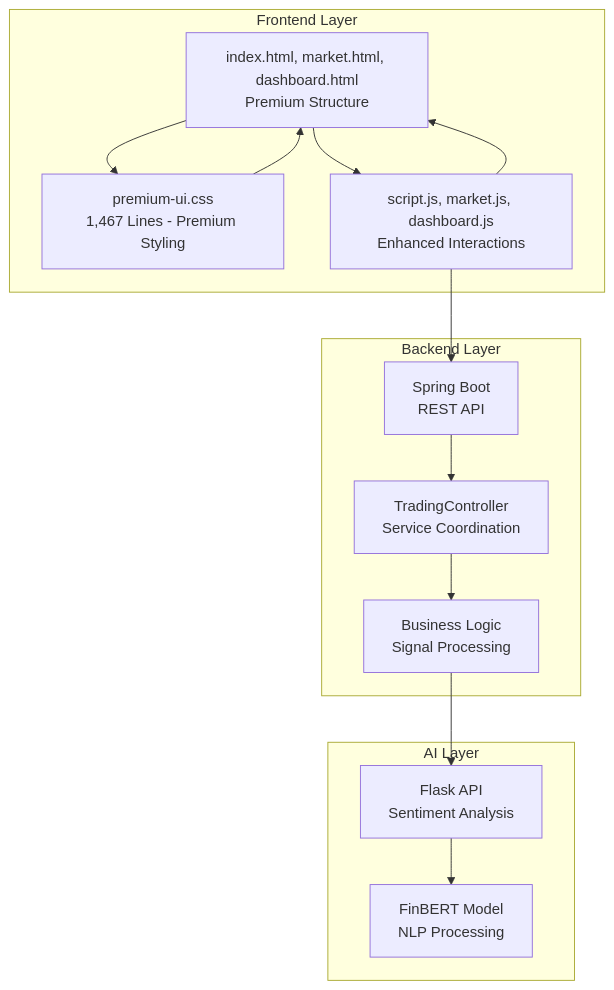
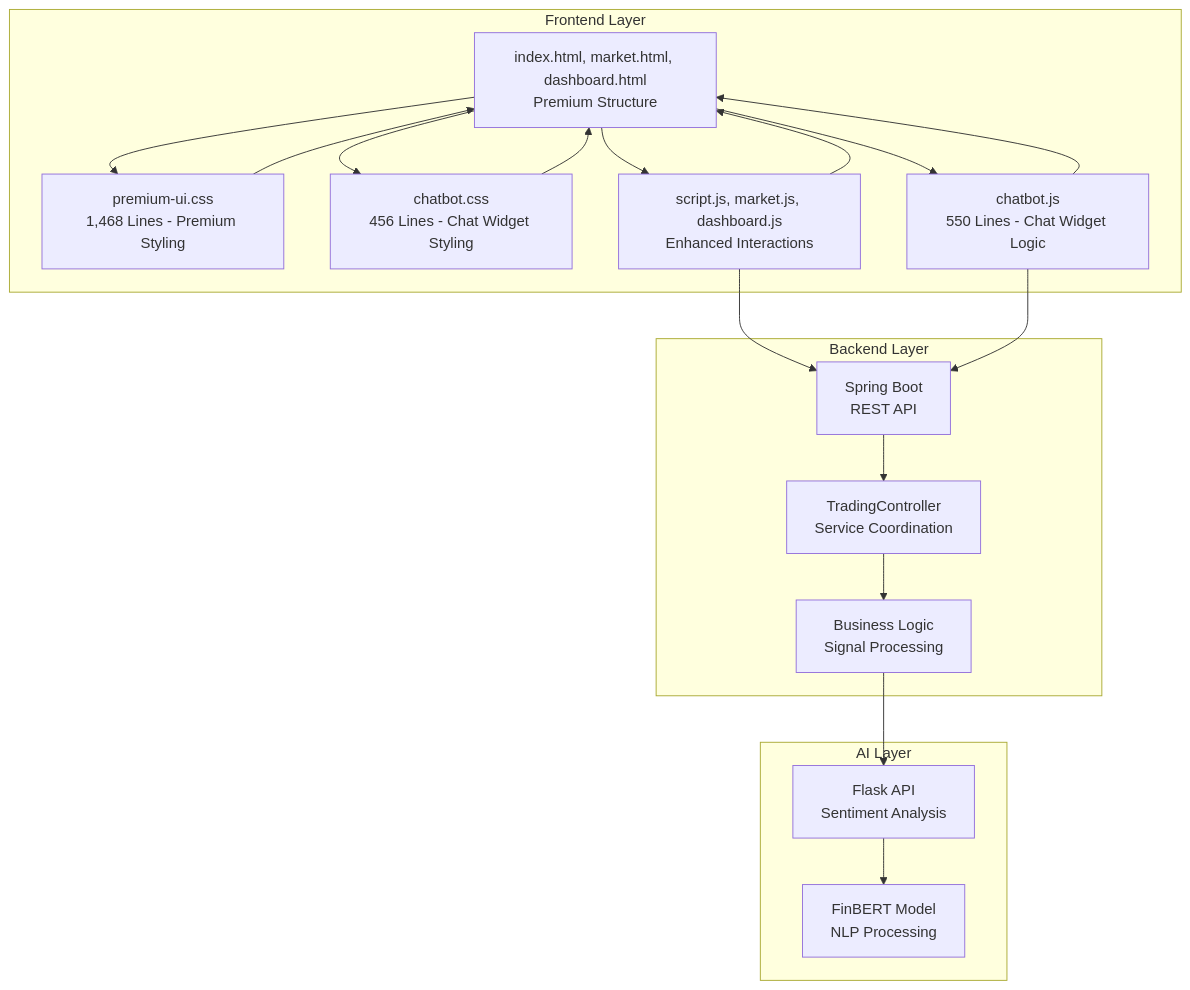
Before and after one commit to ayushtiwari1526/TheReinforcers_AyushTiwari: the fourth of 4 diagrams in .qoder/repowiki/en/content/Styling and Visual Design.md, drawn with Mermaid. The commit also changed other lines of this file and 9 other files, not shown here.

````diff
--- a/.qoder/repowiki/en/content/Styling and Visual Design.md
+++ b/.qoder/repowiki/en/content/Styling and Visual Design.md
@@ -306,26 +356,33 @@
 ```mermaid
 graph TB
 subgraph "Frontend Layer"
 HTML["index.html, market.html, dashboard.html<br/>Premium Structure"]
-CSS["premium-ui.css<br/>1,467 Lines - Premium Styling"]
+CSS["premium-ui.css<br/>1,468 Lines - Premium Styling"]
+ChatCSS["chatbot.css<br/>456 Lines - Chat Widget Styling"]
 JS["script.js, market.js, dashboard.js<br/>Enhanced Interactions"]
+ChatJS["chatbot.js<br/>550 Lines - Chat Widget Logic"]
 end
 subgraph "Backend Layer"
 Spring["Spring Boot<br/>REST API"]
 Controller["TradingController<br/>Service Coordination"]
 Service["Business Logic<br/>Signal Processing"]
 end
 subgraph "AI Layer"
 Flask["Flask API<br/>Sentiment Analysis"]
 Model["FinBERT Model<br/>NLP Processing"]
 end
 HTML --> CSS
+HTML --> ChatCSS
 HTML --> JS
+HTML --> ChatJS
 JS --> Spring
+ChatJS --> Spring
 Spring --> Controller
 Controller --> Service
 Service --> Flask
 Flask --> Model
 CSS --> HTML
+ChatCSS --> HTML
 JS --> HTML
+ChatJS --> HTML
 ```
````
